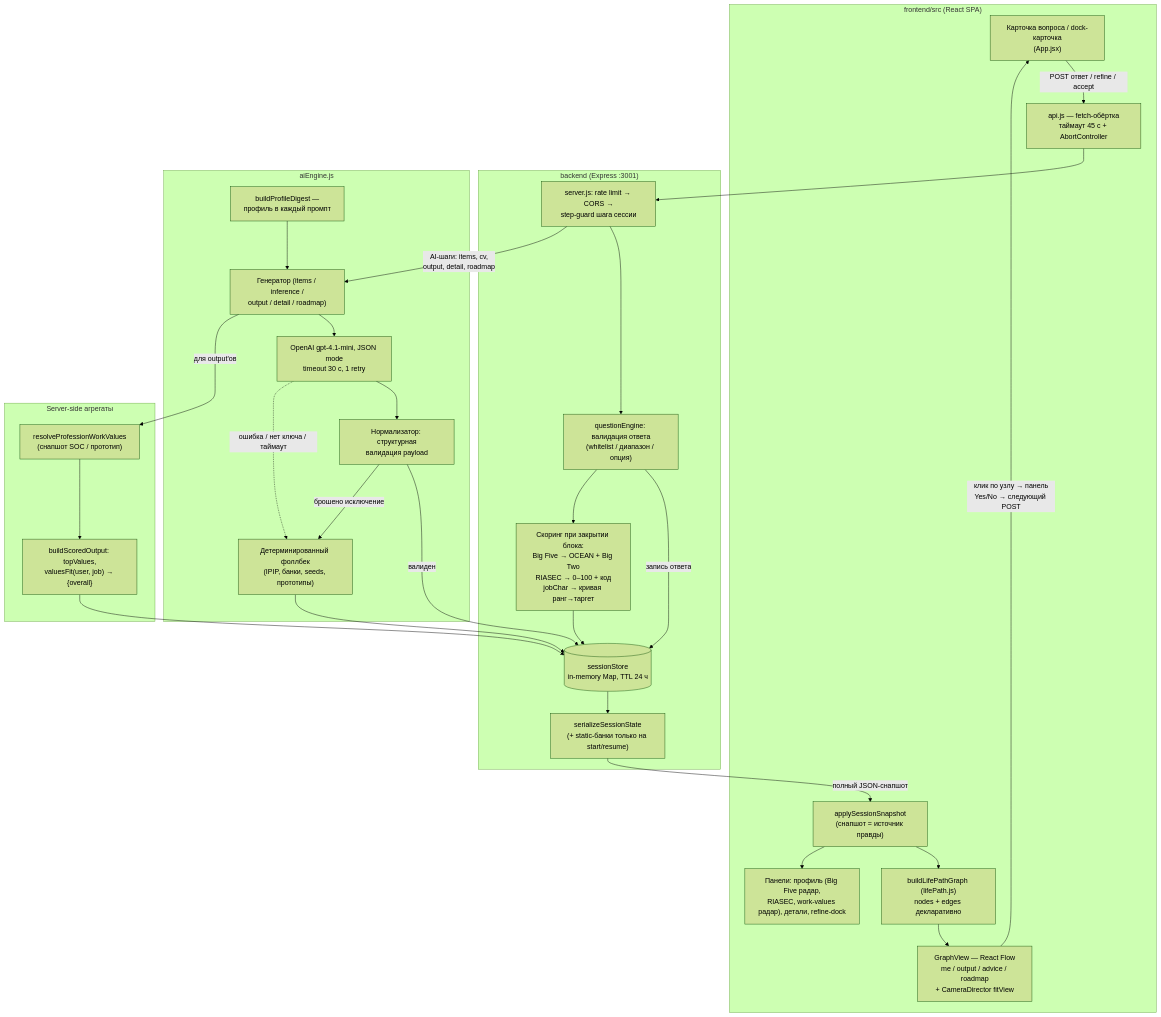
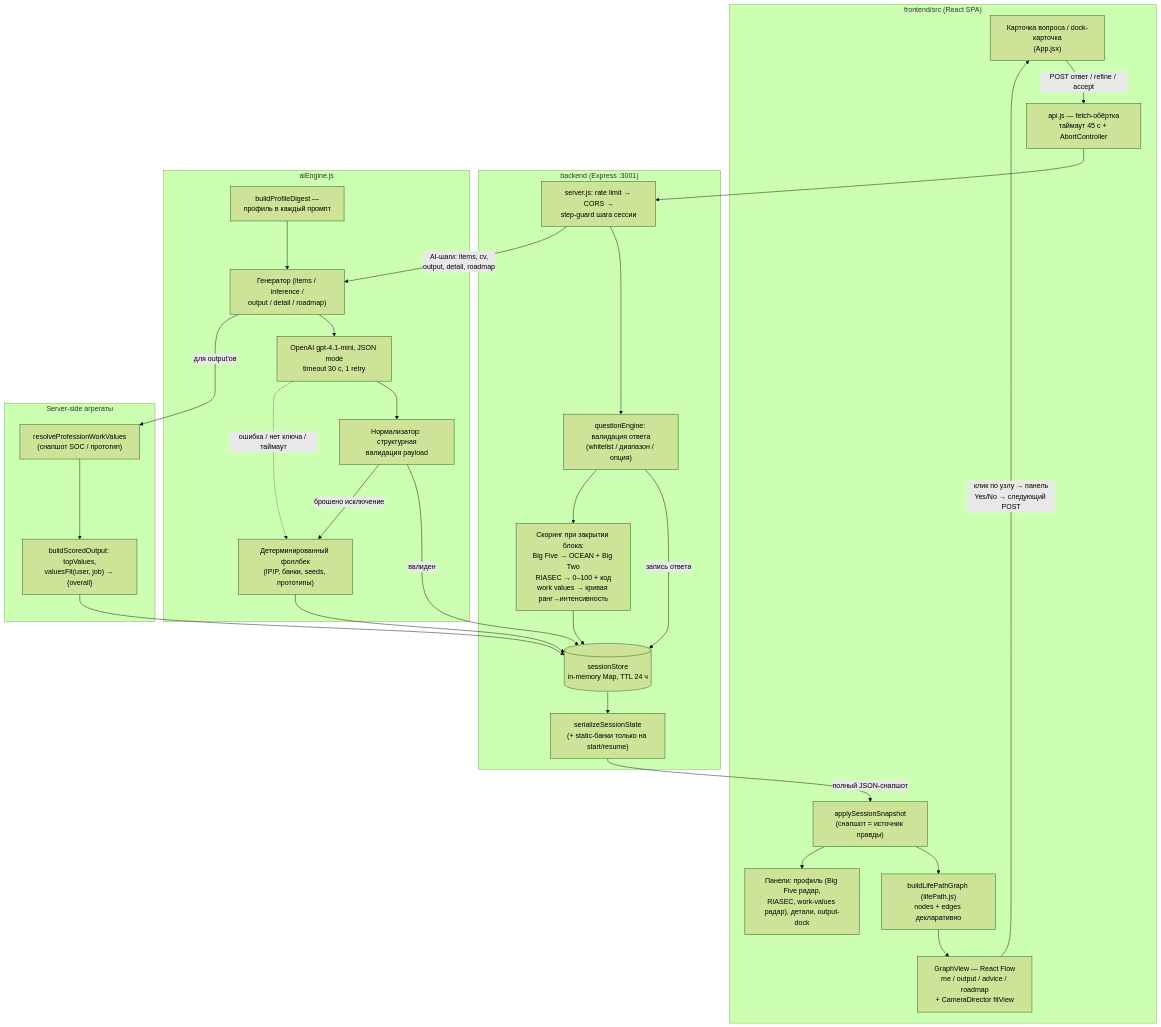
The diagram in ARCHITECTURE.md (H1di/ai_survey), drawn with Mermaid (forest theme) before and after one commit. The commit also changed other lines of this file and 28 other files, not shown here.

````diff
--- a/ARCHITECTURE.md
+++ b/ARCHITECTURE.md
@@ -180,47 +177,47 @@
 ```mermaid
 flowchart TD
     subgraph Frontend["frontend/src (React SPA)"]
         UI["Карточка вопроса / dock-карточка<br/>(App.jsx)"]
         API["api.js — fetch-обёртка<br/>таймаут 45 с + AbortController"]
         APPLY["applySessionSnapshot<br/>(снапшот = источник правды)"]
         BUILD["buildLifePathGraph (lifePath.js)<br/>nodes + edges декларативно"]
         FLOW["GraphView — React Flow<br/>me / output / advice / roadmap<br/>+ CameraDirector fitView"]
-        PANELS["Панели: профиль (Big Five радар,<br/>RIASEC, work-values радар), детали, refine-dock"]
+        PANELS["Панели: профиль (Big Five радар,<br/>RIASEC, work-values радар), детали, output-dock"]
     end
 
     subgraph Backend["backend (Express :3001)"]
         GUARD["server.js: rate limit → CORS →<br/>step-guard шага сессии"]
         VALIDATE["questionEngine: валидация ответа<br/>(whitelist / диапазон / опция)"]
-        SCORE["Скоринг при закрытии блока:<br/>Big Five → OCEAN + Big Two<br/>RIASEC → 0–100 + код<br/>jobChar → кривая ранг→таргет"]
+        SCORE["Скоринг при закрытии блока:<br/>Big Five → OCEAN + Big Two<br/>RIASEC → 0–100 + код<br/>work values → кривая ранг→интенсивность"]
         STORE[("sessionStore<br/>in-memory Map, TTL 24 ч")]
         SNAP["serializeSessionState<br/>(+ static-банки только на start/resume)"]
     end
 
     subgraph AI["aiEngine.js"]
         GEN["Генератор (items / inference /<br/>output / detail / roadmap)"]
         DIGEST["buildProfileDigest —<br/>профиль в каждый промпт"]
         LLM["OpenAI gpt-4.1-mini, JSON mode<br/>timeout 30 с, 1 retry"]
         NORM["Нормализатор: структурная<br/>валидация payload"]
         FB["Детерминированный фоллбек<br/>(IPIP, банки, seeds, прототипы)"]
     end
 
     subgraph Values["Server-side агрегаты"]
         SCOREVAL["resolveProfessionWorkValues<br/>(снапшот SOC / прототип)"]
         DERIVE["buildScoredOutput: topValues,<br/>valuesFit(user, job) → {overall}"]
     end
 
     UI -->|"POST ответ / refine / accept"| API --> GUARD --> VALIDATE
     VALIDATE -->|запись ответа| STORE
     VALIDATE --> SCORE --> STORE
     GUARD -->|"AI-шаги: items, cv,<br/>output, detail, roadmap"| GEN
     DIGEST --> GEN
     GEN --> LLM --> NORM
     NORM -->|"валиден"| STORE
     NORM -->|"брошено исключение"| FB --> STORE
     LLM -.->|"ошибка / нет ключа / таймаут"| FB
     GEN -->|"для output'ов"| SCOREVAL --> DERIVE --> STORE
     STORE --> SNAP -->|"полный JSON-снапшот"| APPLY
     APPLY --> BUILD --> FLOW
     APPLY --> PANELS
     FLOW -->|"клик по узлу → панель<br/>Yes/No → следующий POST"| UI
 ```
````
